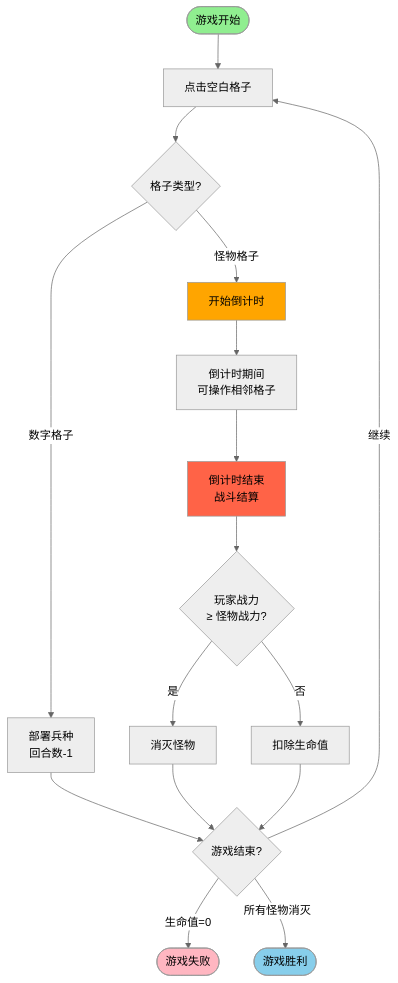
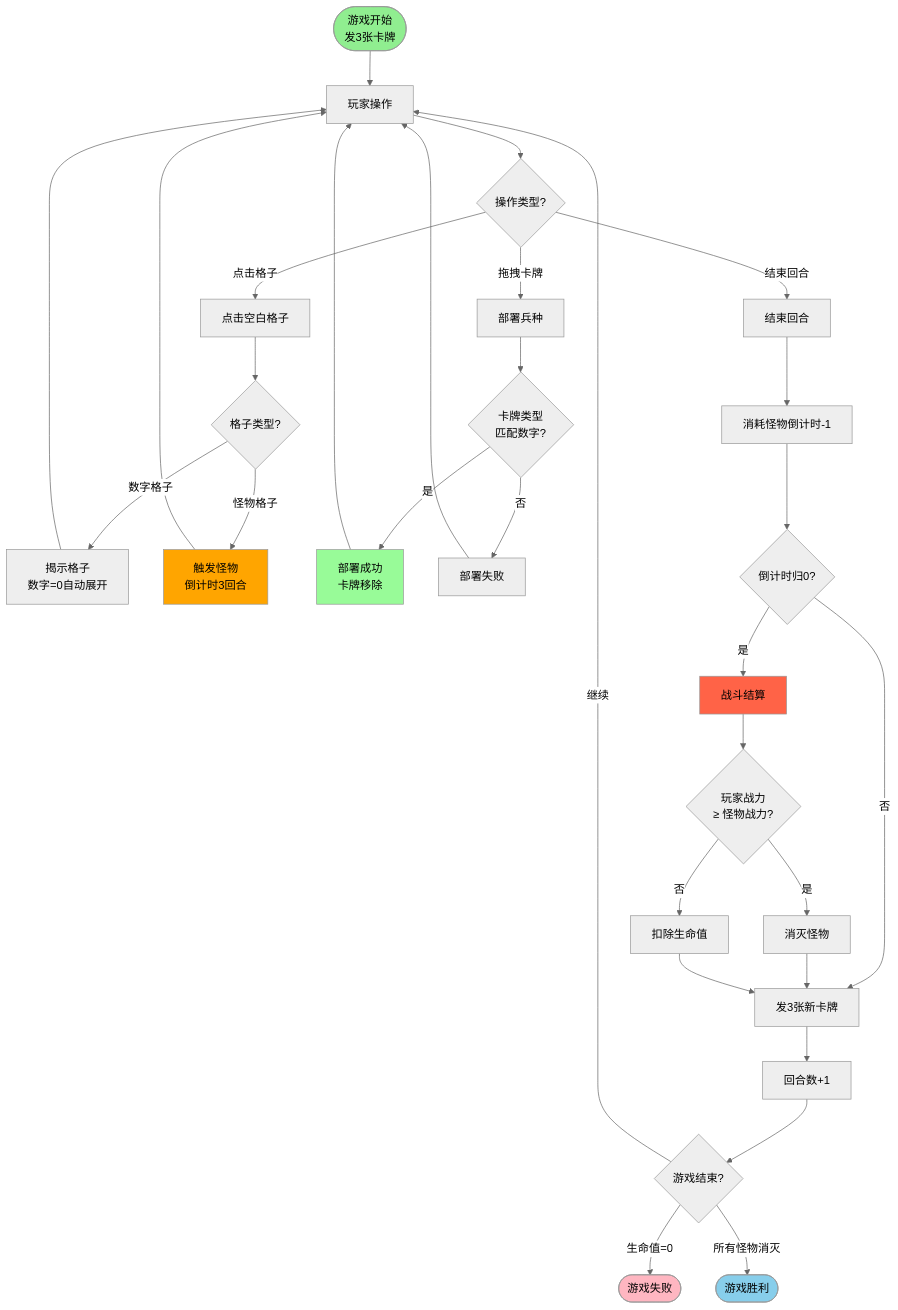
One commit to JourneyHans/MinefieldBattle changed the diagram in doc/游戏规则书.md. Above: the diagram before and after it, drawn with Mermaid (neutral theme). The commit also changed other lines of this file and 2 other files, not shown here.

````diff
--- a/doc/游戏规则书.md
+++ b/doc/游戏规则书.md
@@ -155,30 +191,52 @@
 ```mermaid
 flowchart TD
-    Start([游戏开始]) --> Click[点击空白格子]
+    Start([游戏开始<br/>发3张卡牌]) --> PlayerAction[玩家操作]
+    
+    PlayerAction --> ActionType{操作类型?}
+    
+    ActionType -->|点击格子| Click[点击空白格子]
+    ActionType -->|拖拽卡牌| Deploy[部署兵种]
+    ActionType -->|结束回合| EndTurn[结束回合]
+    
     Click --> Check{格子类型?}
     
-    Check -->|数字格子| Deploy[部署兵种<br/>回合数-1]
-    Check -->|怪物格子| Countdown[开始倒计时]
+    Check -->|数字格子| Reveal[揭示格子<br/>数字=0自动展开]
+    Check -->|怪物格子| Trigger[触发怪物<br/>倒计时3回合]
     
-    Countdown --> Action[倒计时期间<br/>可操作相邻格子]
-    Action --> Battle[倒计时结束<br/>战斗结算]
+    Reveal --> PlayerAction
+    Trigger --> PlayerAction
     
-    Deploy --> CheckGameOver{游戏结束?}
+    Deploy --> CheckMatch{卡牌类型<br/>匹配数字?}
+    CheckMatch -->|是| DeploySuccess[部署成功<br/>卡牌移除]
+    CheckMatch -->|否| DeployFail[部署失败]
+    
+    DeploySuccess --> PlayerAction
+    DeployFail --> PlayerAction
+    
+    EndTurn --> ConsumeCountdown[消耗怪物倒计时-1]
+    ConsumeCountdown --> CheckCountdown{倒计时归0?}
+    
+    CheckCountdown -->|是| Battle[战斗结算]
+    CheckCountdown -->|否| DealCards[发3张新卡牌]
+    
     Battle --> Compare{玩家战力<br/>≥ 怪物战力?}
-    
     Compare -->|是| Win[消灭怪物]
     Compare -->|否| Lose[扣除生命值]
     
-    Win --> CheckGameOver
-    Lose --> CheckGameOver
+    Win --> DealCards
+    Lose --> DealCards
+    
+    DealCards --> TurnPlus[回合数+1]
+    TurnPlus --> CheckGameOver{游戏结束?}
     
     CheckGameOver -->|生命值=0| Fail([游戏失败])
     CheckGameOver -->|所有怪物消灭| Victory([游戏胜利])
-    CheckGameOver -->|继续| Click
+    CheckGameOver -->|继续| PlayerAction
     
     style Start fill:#90EE90
     style Victory fill:#87CEEB
     style Fail fill:#FFB6C1
-    style Countdown fill:#FFA500
+    style Trigger fill:#FFA500
     style Battle fill:#FF6347
+    style DeploySuccess fill:#98FB98
 ```
````
